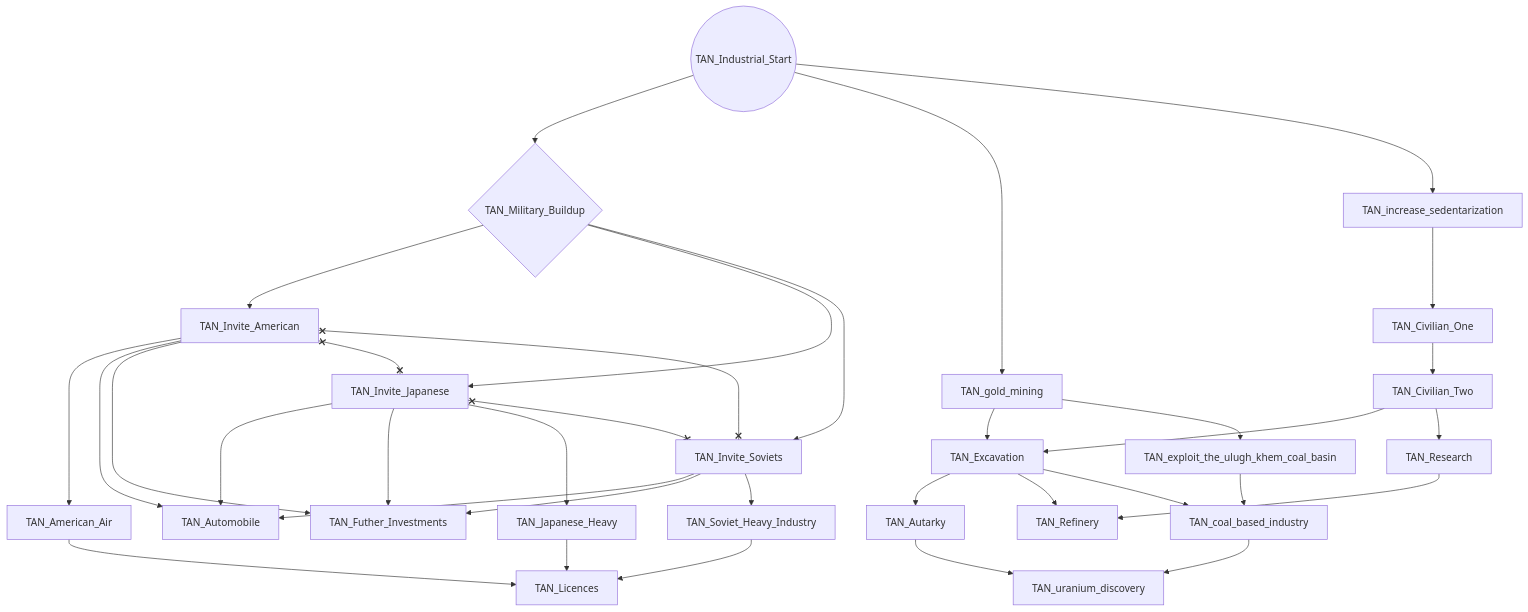
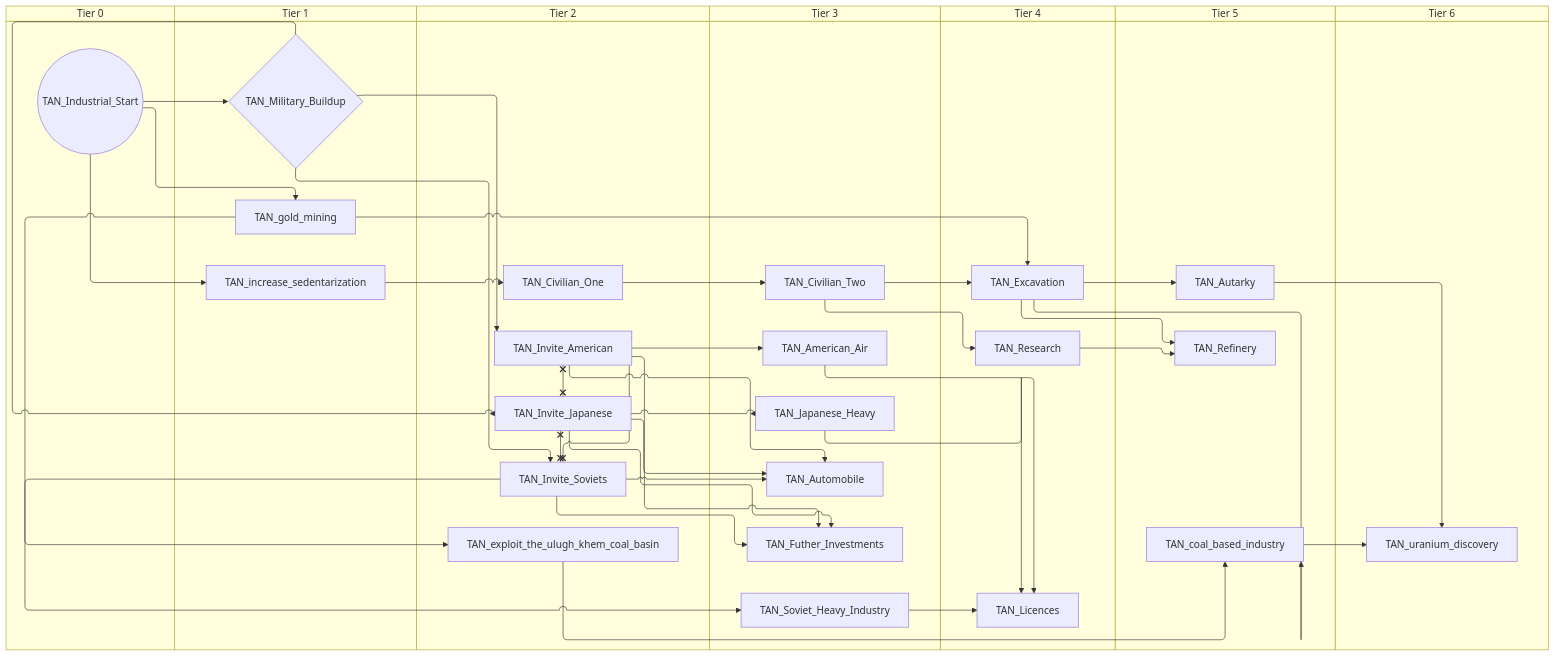
One commit to evgeny-sobol/hoi4-sandbox-mode-r56 changed the first of 4 diagrams in docs/gdd/National Focuses/tuva.md. Above: the diagram before and after it, drawn with Mermaid. The commit also changed other lines of this file and 423 other files, not shown here.

First line of the commit message:
Re-export Rt56 focus trees as swimlane diagrams

````diff
--- a/docs/gdd/National Focuses/tuva.md
+++ b/docs/gdd/National Focuses/tuva.md
@@ -3,59 +3,73 @@
 ```mermaid
-flowchart TD
-    n1["TAN_American_Air"]
-    n2["TAN_Autarky"]
-    n3["TAN_Automobile"]
-    n4["TAN_Civilian_One"]
-    n5["TAN_Civilian_Two"]
-    n6["TAN_Excavation"]
-    n7["TAN_Futher_Investments"]
-    n8(("TAN_Industrial_Start"))
-    n9["TAN_Invite_American"]
-    n10["TAN_Invite_Japanese"]
-    n11["TAN_Invite_Soviets"]
-    n12["TAN_Japanese_Heavy"]
-    n13["TAN_Licences"]
-    n14{"TAN_Military_Buildup"}
-    n15["TAN_Refinery"]
-    n16["TAN_Research"]
-    n17["TAN_Soviet_Heavy_Industry"]
-    n18["TAN_coal_based_industry"]
-    n19["TAN_exploit_the_ulugh_khem_coal_basin"]
-    n20["TAN_gold_mining"]
-    n21["TAN_increase_sedentarization"]
-    n22["TAN_uranium_discovery"]
-    n9 --> n1
-    n6 --> n2
-    n9 --> n3
-    n10 --> n3
-    n11 --> n3
-    n21 --> n4
+swimlane-beta TD
+    subgraph tier_0["Tier 0"]
+        n1(("TAN_Industrial_Start"))
+    end
+    subgraph tier_1["Tier 1"]
+        n2{"TAN_Military_Buildup"}
+        n3["TAN_gold_mining"]
+        n4["TAN_increase_sedentarization"]
+    end
+    subgraph tier_2["Tier 2"]
+        n5["TAN_Civilian_One"]
+        n6["TAN_Invite_American"]
+        n7["TAN_Invite_Japanese"]
+        n8["TAN_Invite_Soviets"]
+        n9["TAN_exploit_the_ulugh_khem_coal_basin"]
+    end
+    subgraph tier_3["Tier 3"]
+        n10["TAN_American_Air"]
+        n11["TAN_Automobile"]
+        n12["TAN_Civilian_Two"]
+        n13["TAN_Futher_Investments"]
+        n14["TAN_Japanese_Heavy"]
+        n15["TAN_Soviet_Heavy_Industry"]
+    end
+    subgraph tier_4["Tier 4"]
+        n16["TAN_Excavation"]
+        n17["TAN_Licences"]
+        n18["TAN_Research"]
+    end
+    subgraph tier_5["Tier 5"]
+        n19["TAN_Autarky"]
+        n20["TAN_Refinery"]
+        n21["TAN_coal_based_industry"]
+    end
+    subgraph tier_6["Tier 6"]
+        n22["TAN_uranium_discovery"]
+    end
+    n6 --> n10
+    n16 --> n19
+    n6 --> n11
+    n7 --> n11
+    n8 --> n11
     n4 --> n5
-    n5 --> n6
-    n20 --> n6
-    n9 --> n7
-    n10 --> n7
-    n11 --> n7
-    n14 --> n9
-    n14 --> n10
-    n14 --> n11
-    n10 --> n12
-    n1 --> n13
-    n12 --> n13
-    n17 --> n13
-    n8 --> n14
-    n6 --> n15
-    n16 --> n15
-    n5 --> n16
-    n11 --> n17
-    n6 --> n18
-    n19 --> n18
-    n20 --> n19
-    n8 --> n20
-    n8 --> n21
-    n2 --> n22
-    n18 --> n22
-    n9 x--x n10
-    n9 x--x n11
-    n10 x--x n11
+    n5 --> n12
+    n12 --> n16
+    n3 --> n16
+    n6 --> n13
+    n7 --> n13
+    n8 --> n13
+    n2 --> n6
+    n2 --> n7
+    n2 --> n8
+    n7 --> n14
+    n10 --> n17
+    n14 --> n17
+    n15 --> n17
+    n1 --> n2
+    n16 --> n20
+    n18 --> n20
+    n12 --> n18
+    n8 --> n15
+    n16 --> n21
+    n9 --> n21
+    n3 --> n9
+    n1 --> n3
+    n1 --> n4
+    n19 --> n22
+    n21 --> n22
+    n6 x--x n7
+    n6 x--x n8
+    n7 x--x n8
 ```
````
